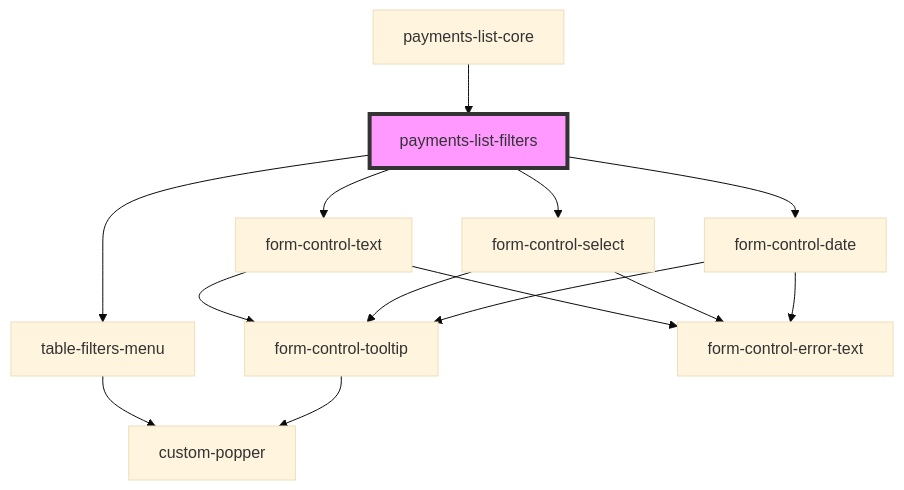
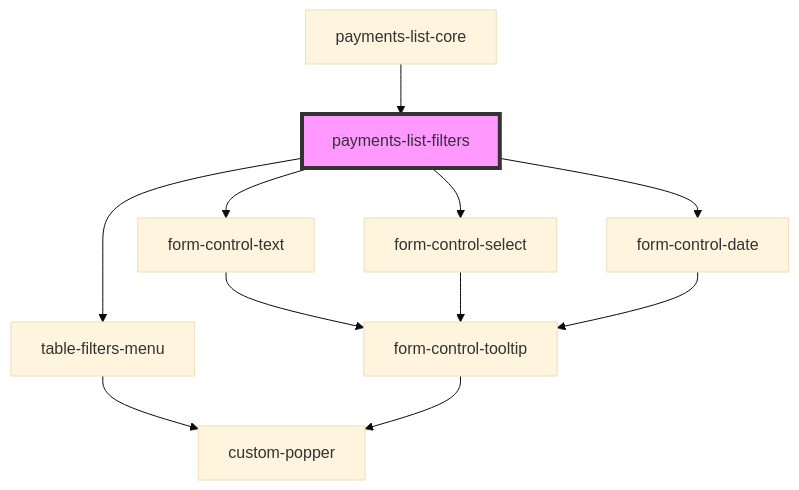
The diagram in packages/webcomponents/src/components/payments-list/readme.md (justifi-tech/web-component-library), drawn with Mermaid (base theme) before and after one commit. The commit also changed 23 other files, not shown here.

````diff
--- a/packages/webcomponents/src/components/payments-list/readme.md
+++ b/packages/webcomponents/src/components/payments-list/readme.md
@@ -31,17 +31,14 @@
 ```mermaid
 graph TD;
   payments-list-filters --> table-filters-menu
   payments-list-filters --> form-control-text
   payments-list-filters --> form-control-select
   payments-list-filters --> form-control-date
   table-filters-menu --> custom-popper
   form-control-text --> form-control-tooltip
-  form-control-text --> form-control-error-text
   form-control-tooltip --> custom-popper
   form-control-select --> form-control-tooltip
-  form-control-select --> form-control-error-text
   form-control-date --> form-control-tooltip
-  form-control-date --> form-control-error-text
   payments-list-core --> payments-list-filters
   style payments-list-filters fill:#f9f,stroke:#333,stroke-width:4px
 ```
````
